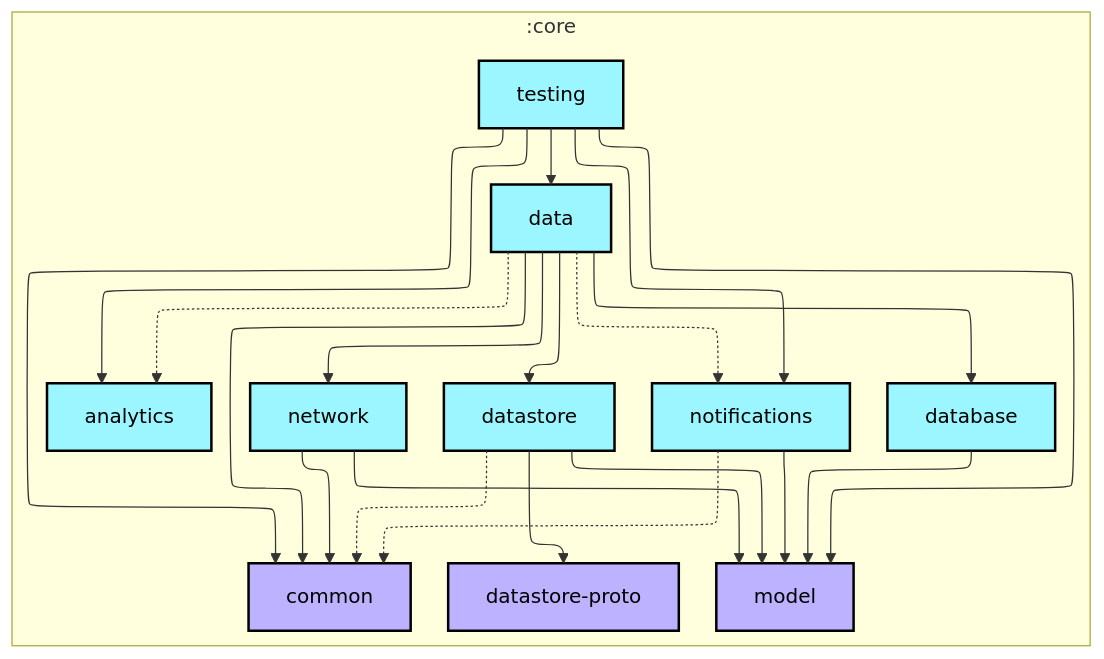
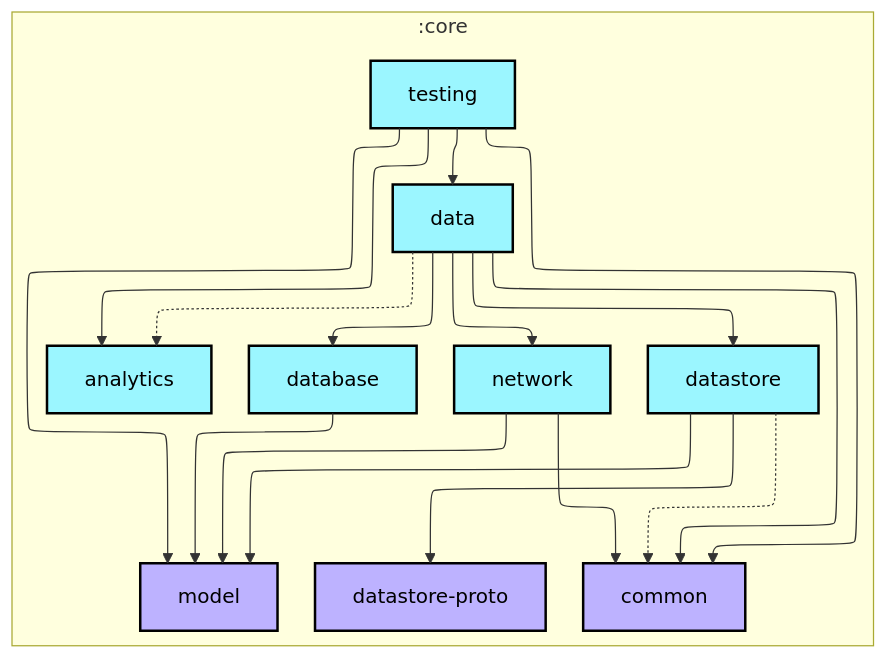
One commit to alfariesh/surau-android changed the first of 2 diagrams in core/testing/README.md. Above: the diagram before and after it, drawn with Mermaid. The commit also changed 72 other files, not shown here.

First line of the commit message:
Format the codebase with spotless and regenerate module graphs (M1.5.1)

````diff
--- a/core/testing/README.md
+++ b/core/testing/README.md
@@ -6,49 +6,44 @@
 ```mermaid
 ---
 config:
   layout: elk
   elk:
     nodePlacementStrategy: SIMPLE
 ---
 graph TB
   subgraph :core
     direction TB
     :core:analytics[analytics]:::android-library
     :core:common[common]:::jvm-library
     :core:data[data]:::android-library
     :core:database[database]:::android-library
     :core:datastore[datastore]:::android-library
     :core:datastore-proto[datastore-proto]:::jvm-library
     :core:model[model]:::jvm-library
     :core:network[network]:::android-library
-    :core:notifications[notifications]:::android-library
     :core:testing[testing]:::android-library
   end
 
   :core:data -.-> :core:analytics
   :core:data --> :core:common
   :core:data --> :core:database
   :core:data --> :core:datastore
   :core:data --> :core:network
-  :core:data -.-> :core:notifications
   :core:database --> :core:model
   :core:datastore -.-> :core:common
   :core:datastore --> :core:datastore-proto
   :core:datastore --> :core:model
   :core:network --> :core:common
   :core:network --> :core:model
-  :core:notifications -.-> :core:common
-  :core:notifications --> :core:model
   :core:testing --> :core:analytics
   :core:testing --> :core:common
   :core:testing --> :core:data
   :core:testing --> :core:model
-  :core:testing --> :core:notifications
 
 classDef android-application fill:#CAFFBF,stroke:#000,stroke-width:2px,color:#000;
 classDef android-feature fill:#FFD6A5,stroke:#000,stroke-width:2px,color:#000;
 classDef android-library fill:#9BF6FF,stroke:#000,stroke-width:2px,color:#000;
 classDef android-test fill:#A0C4FF,stroke:#000,stroke-width:2px,color:#000;
 classDef jvm-library fill:#BDB2FF,stroke:#000,stroke-width:2px,color:#000;
 classDef unknown fill:#FFADAD,stroke:#000,stroke-width:2px,color:#000;
 ```
````
